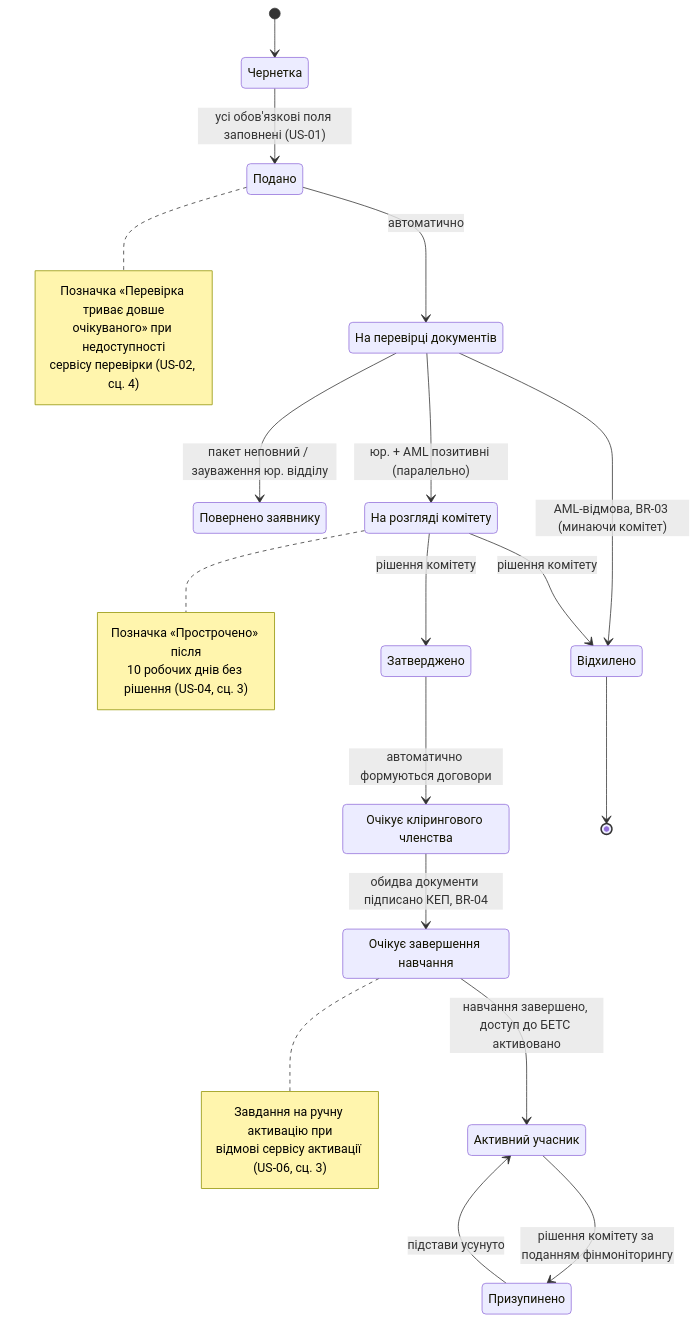
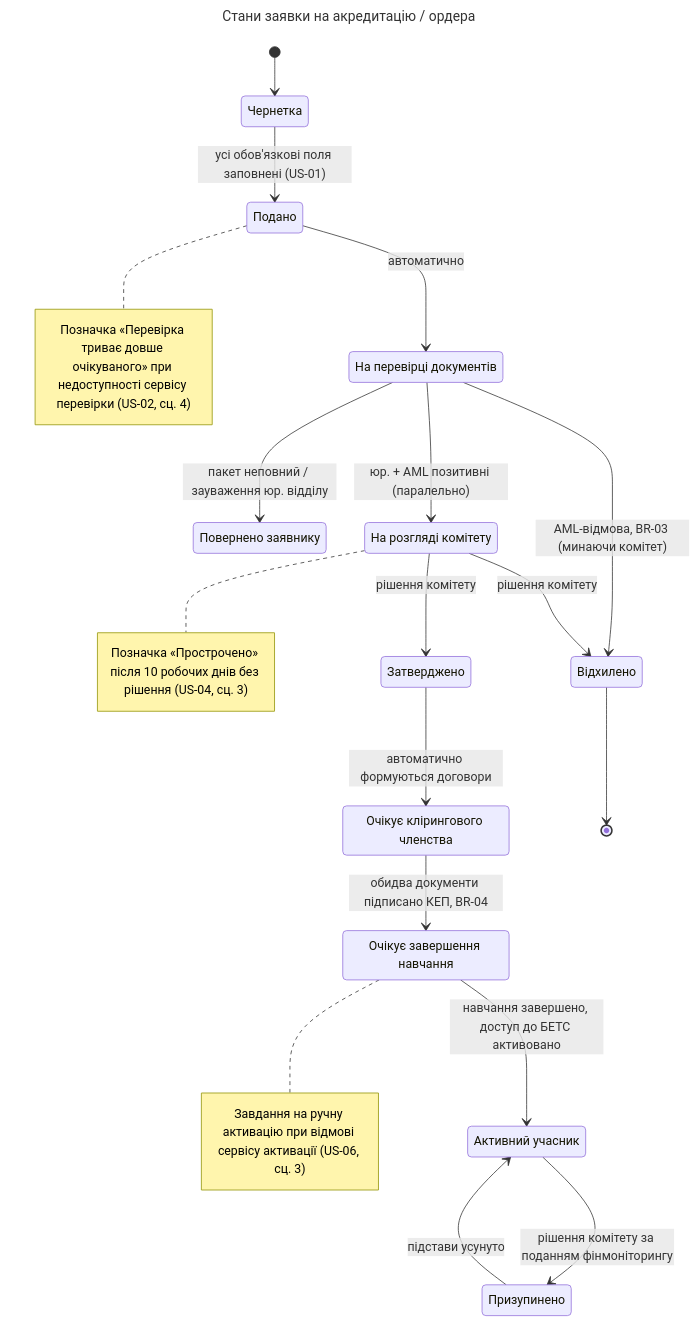
One commit to Alexeyglenbrook/agora-energy-exchange changed the diagram in agora_ba_artifacts.md. Above: the diagram before and after it, drawn with Mermaid.

Commit message:
Fix blank notes in state diagram, add diagram title
GitHub's Mermaid renderer wasn't showing text for multi-line
note...end note blocks in the stateDiagram-v2 (rendered as empty
boxes). Switched to single-line note syntax and added a title so the
diagram is self-explanatory on its own.

````diff
--- a/agora_ba_artifacts.md
+++ b/agora_ba_artifacts.md
@@ -425,43 +425,36 @@
 ```mermaid
+---
+title: Стани заявки на акредитацію / ордера
+---
 stateDiagram-v2
     state "Чернетка" as Draft
     state "Подано" as Submitted
     state "На перевірці документів" as UnderReview
     state "Повернено заявнику" as Returned
     state "На розгляді комітету" as CommitteeReview
     state "Затверджено" as Approved
     state "Відхилено" as Rejected
     state "Очікує клірингового членства" as AwaitingClearing
     state "Очікує завершення навчання" as AwaitingTraining
     state "Активний учасник" as Active
     state "Призупинено" as Suspended
 
     [*] --> Draft
     Draft --> Submitted : усі обов'язкові поля заповнені (US-01)
     Submitted --> UnderReview : автоматично
     UnderReview --> Returned : пакет неповний / зауваження юр. відділу
     UnderReview --> CommitteeReview : юр. + AML позитивні (паралельно)
     UnderReview --> Rejected : AML-відмова, BR-03 (минаючи комітет)
     CommitteeReview --> Approved : рішення комітету
     CommitteeReview --> Rejected : рішення комітету
     Approved --> AwaitingClearing : автоматично формуються договори
     AwaitingClearing --> AwaitingTraining : обидва документи підписано КЕП, BR-04
     AwaitingTraining --> Active : навчання завершено, доступ до БЕТС активовано
     Active --> Suspended : рішення комітету за поданням фінмоніторингу
     Suspended --> Active : підстави усунуто
     Rejected --> [*]
 
-    note right of Submitted
-        Позначка «Перевірка триває довше
-        очікуваного» при недоступності
-        сервісу перевірки (US-02, сц. 4)
-    end note
-    note right of CommitteeReview
-        Позначка «Прострочено» після
-        10 робочих днів без рішення (US-04, сц. 3)
-    end note
-    note right of AwaitingTraining
-        Завдання на ручну активацію при
-        відмові сервісу активації (US-06, сц. 3)
-    end note
+    note right of Submitted : Позначка «Перевірка триває довше очікуваного» при недоступності сервісу перевірки (US-02, сц. 4)
+    note right of CommitteeReview : Позначка «Прострочено» після 10 робочих днів без рішення (US-04, сц. 3)
+    note right of AwaitingTraining : Завдання на ручну активацію при відмові сервісу активації (US-06, сц. 3)
 ```
````
